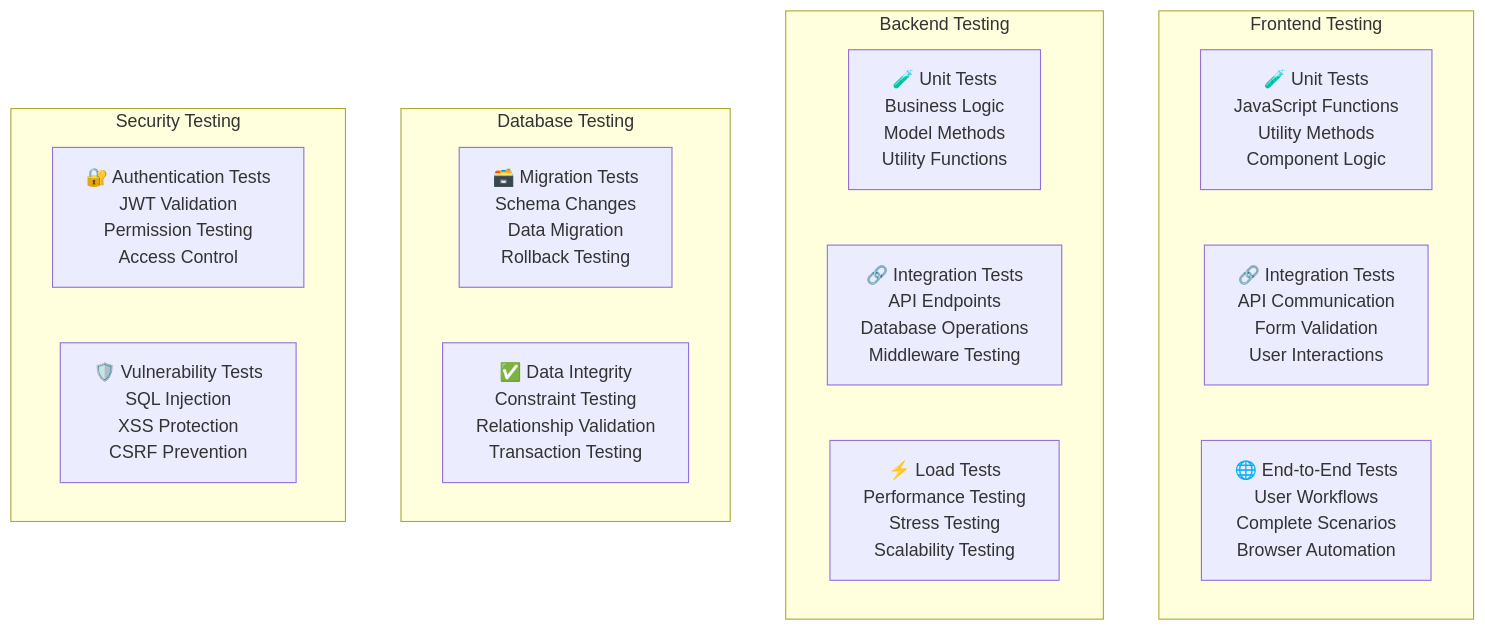
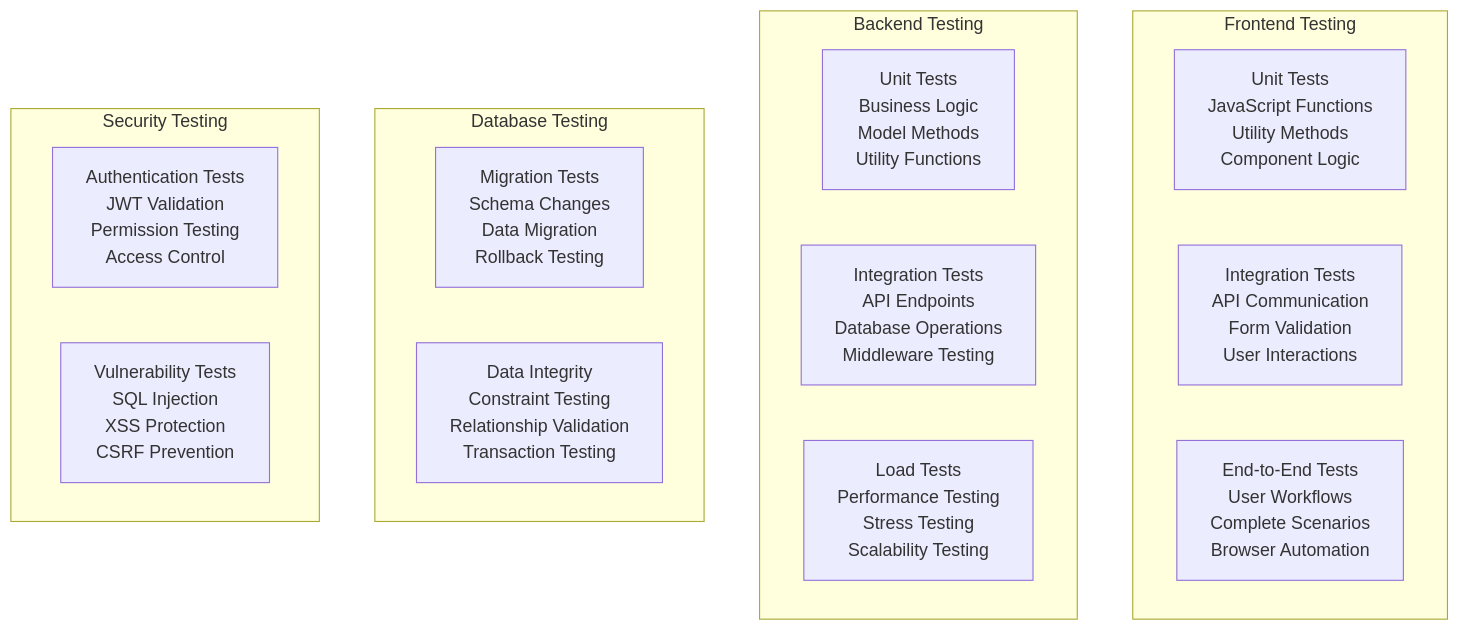
One commit to FIAP/DCLT-arquiteturas changed diagram 11 of 12 in sistema-investimentos/docs/c4-arquitetura-completa.md. Above: the diagram before and after it, drawn with Mermaid. The commit also changed other lines of this file and 1489 other files, not shown here.

````diff
--- a/sistema-investimentos/docs/c4-arquitetura-completa.md
+++ b/sistema-investimentos/docs/c4-arquitetura-completa.md
@@ -619,24 +619,24 @@
 ```mermaid
 graph TB
     subgraph "Frontend Testing"
-        UNIT_FRONTEND[🧪 Unit Tests<br/>JavaScript Functions<br/>Utility Methods<br/>Component Logic]
-        INTEGRATION_FRONTEND[🔗 Integration Tests<br/>API Communication<br/>Form Validation<br/>User Interactions]
-        E2E_TESTS[🌐 End-to-End Tests<br/>User Workflows<br/>Complete Scenarios<br/>Browser Automation]
+        UNIT_FRONTEND[Unit Tests<br/>JavaScript Functions<br/>Utility Methods<br/>Component Logic]
+        INTEGRATION_FRONTEND[Integration Tests<br/>API Communication<br/>Form Validation<br/>User Interactions]
+        E2E_TESTS[End-to-End Tests<br/>User Workflows<br/>Complete Scenarios<br/>Browser Automation]
     end
     
     subgraph "Backend Testing"
-        UNIT_BACKEND[🧪 Unit Tests<br/>Business Logic<br/>Model Methods<br/>Utility Functions]
-        INTEGRATION_BACKEND[🔗 Integration Tests<br/>API Endpoints<br/>Database Operations<br/>Middleware Testing]
-        LOAD_TESTS[⚡ Load Tests<br/>Performance Testing<br/>Stress Testing<br/>Scalability Testing]
+        UNIT_BACKEND[Unit Tests<br/>Business Logic<br/>Model Methods<br/>Utility Functions]
+        INTEGRATION_BACKEND[Integration Tests<br/>API Endpoints<br/>Database Operations<br/>Middleware Testing]
+        LOAD_TESTS[Load Tests<br/>Performance Testing<br/>Stress Testing<br/>Scalability Testing]
     end
     
     subgraph "Database Testing"
-        MIGRATION_TESTS[🗃️ Migration Tests<br/>Schema Changes<br/>Data Migration<br/>Rollback Testing]
-        DATA_INTEGRITY[✅ Data Integrity<br/>Constraint Testing<br/>Relationship Validation<br/>Transaction Testing]
+        MIGRATION_TESTS[Migration Tests<br/>Schema Changes<br/>Data Migration<br/>Rollback Testing]
+        DATA_INTEGRITY[Data Integrity<br/>Constraint Testing<br/>Relationship Validation<br/>Transaction Testing]
     end
     
     subgraph "Security Testing"
-        AUTH_TESTS[🔐 Authentication Tests<br/>JWT Validation<br/>Permission Testing<br/>Access Control]
-        VULNERABILITY_TESTS[🛡️ Vulnerability Tests<br/>SQL Injection<br/>XSS Protection<br/>CSRF Prevention]
+        AUTH_TESTS[Authentication Tests<br/>JWT Validation<br/>Permission Testing<br/>Access Control]
+        VULNERABILITY_TESTS[Vulnerability Tests<br/>SQL Injection<br/>XSS Protection<br/>CSRF Prevention]
     end
 ```
````
